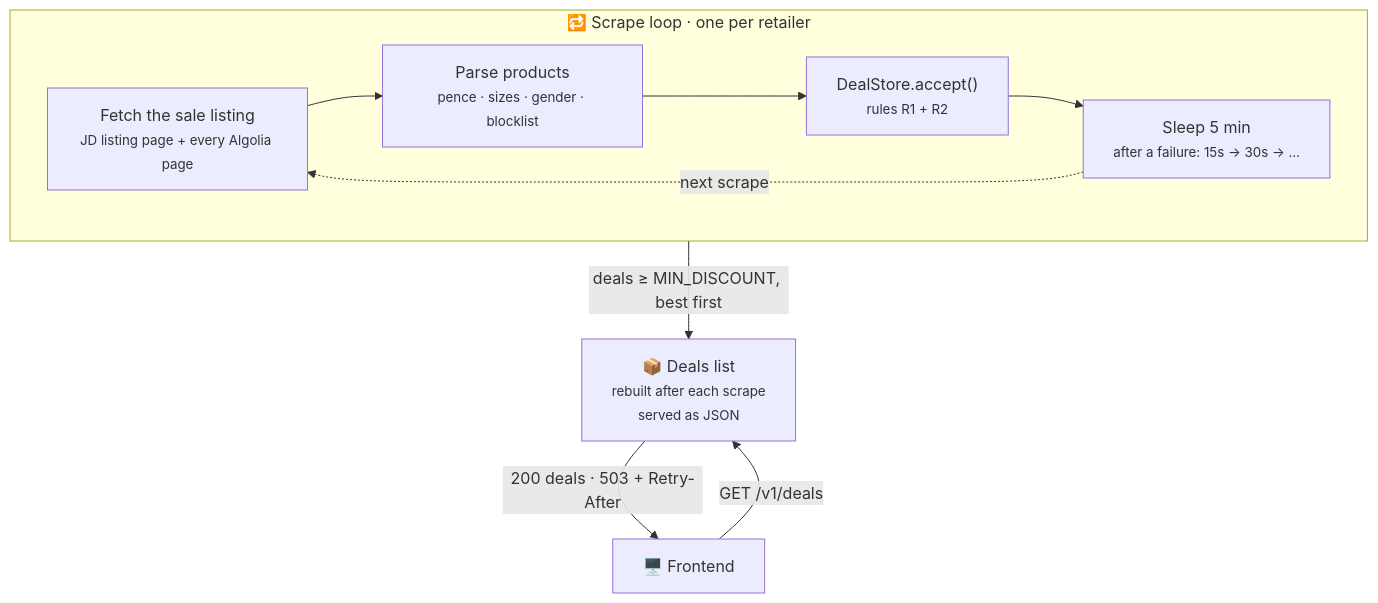
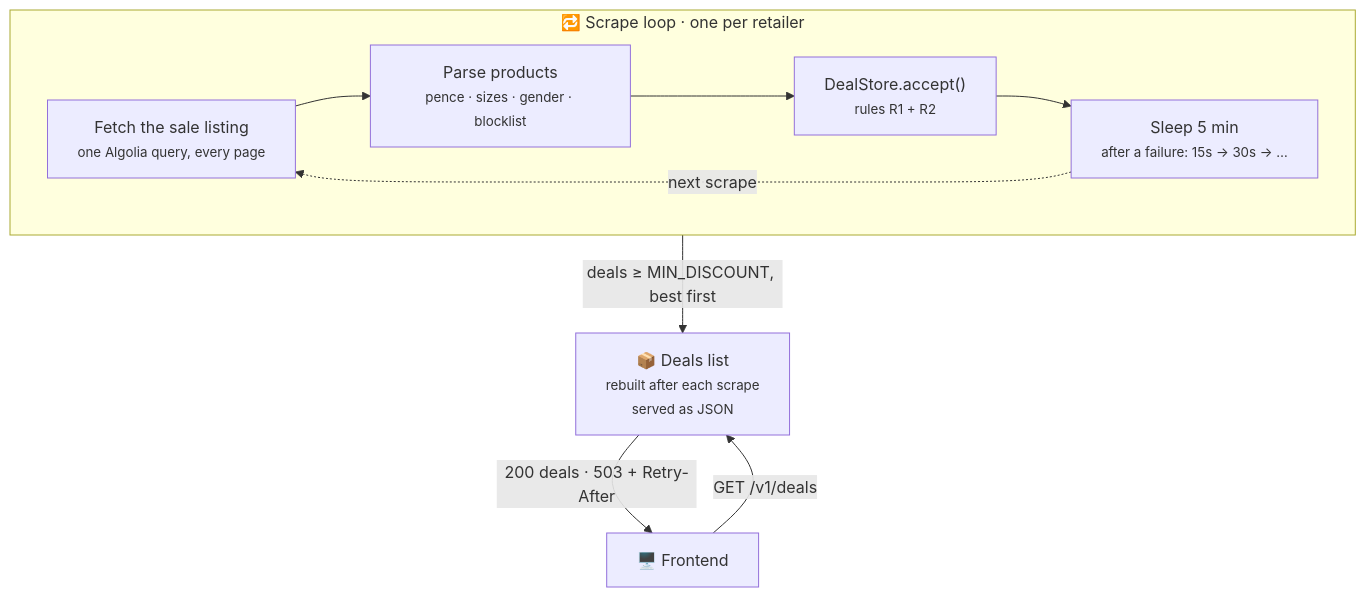
The first of 2 diagrams in backend/README.md (JahanU/bargain-web-scraper), drawn with Mermaid before and after one commit. The commit also changed other lines of this file and 4 other files, not shown here.

Commit message:
refactor: update JD retailer to improve Algolia query handling and enhance test coverage

````diff
--- a/backend/README.md
+++ b/backend/README.md
@@ -5,19 +5,19 @@
 ```mermaid
 flowchart TB
     subgraph loop["🔁 Scrape loop · one per retailer"]
         direction LR
-        fetch["Fetch the sale listing<br/><small>JD listing page + every Algolia page</small>"]
+        fetch["Fetch the sale listing<br/><small>one Algolia query, every page</small>"]
         parse["Parse products<br/><small>pence · sizes · gender · blocklist</small>"]
         accept["DealStore.accept()<br/><small>rules R1 + R2</small>"]
         wait["Sleep 5 min<br/><small>after a failure: 15s → 30s → …</small>"]
         fetch --> parse --> accept --> wait
         wait -. next scrape .-> fetch
     end
 
     built["📦 Deals list<br/><small>rebuilt after each scrape<br/>served as JSON</small>"]
     client["🖥️ Frontend"]
 
     accept -- "deals ≥ MIN_DISCOUNT, best first" --> built
     client -- "GET /v1/deals" --> built
     built -- "200 deals · 503 + Retry-After" --> client
 ```
````
